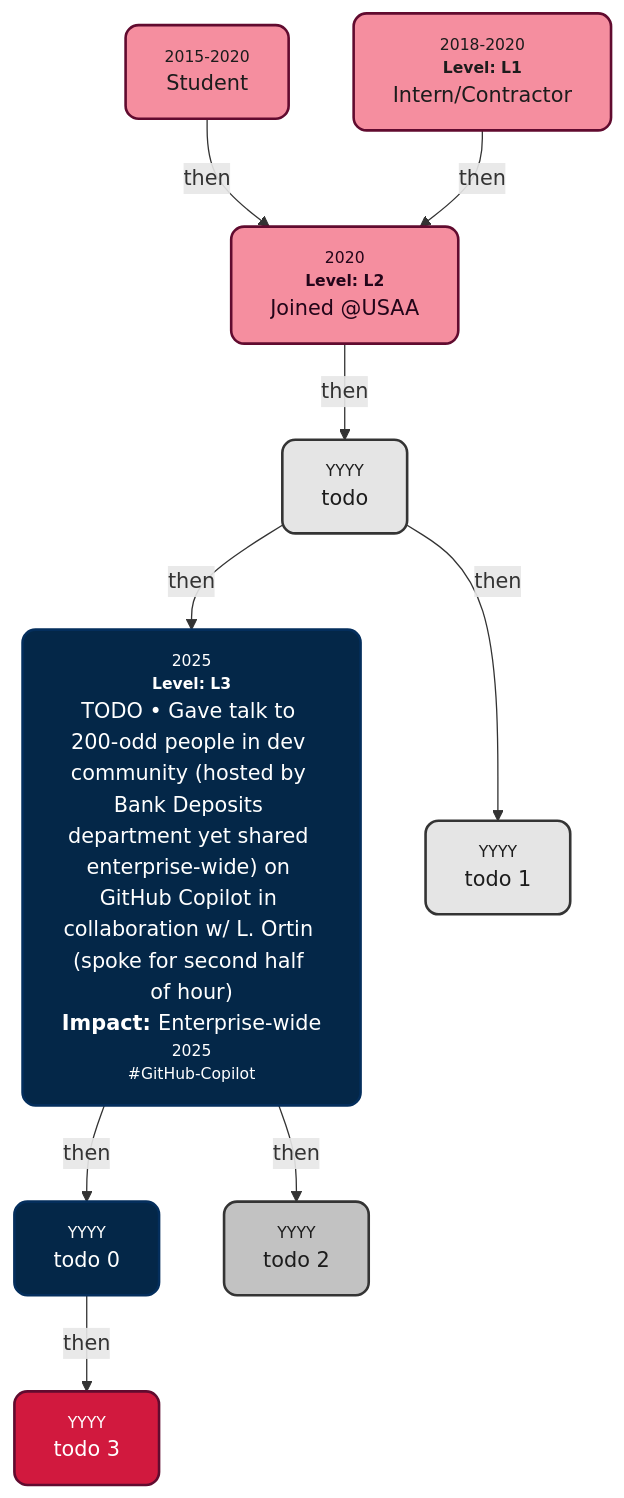
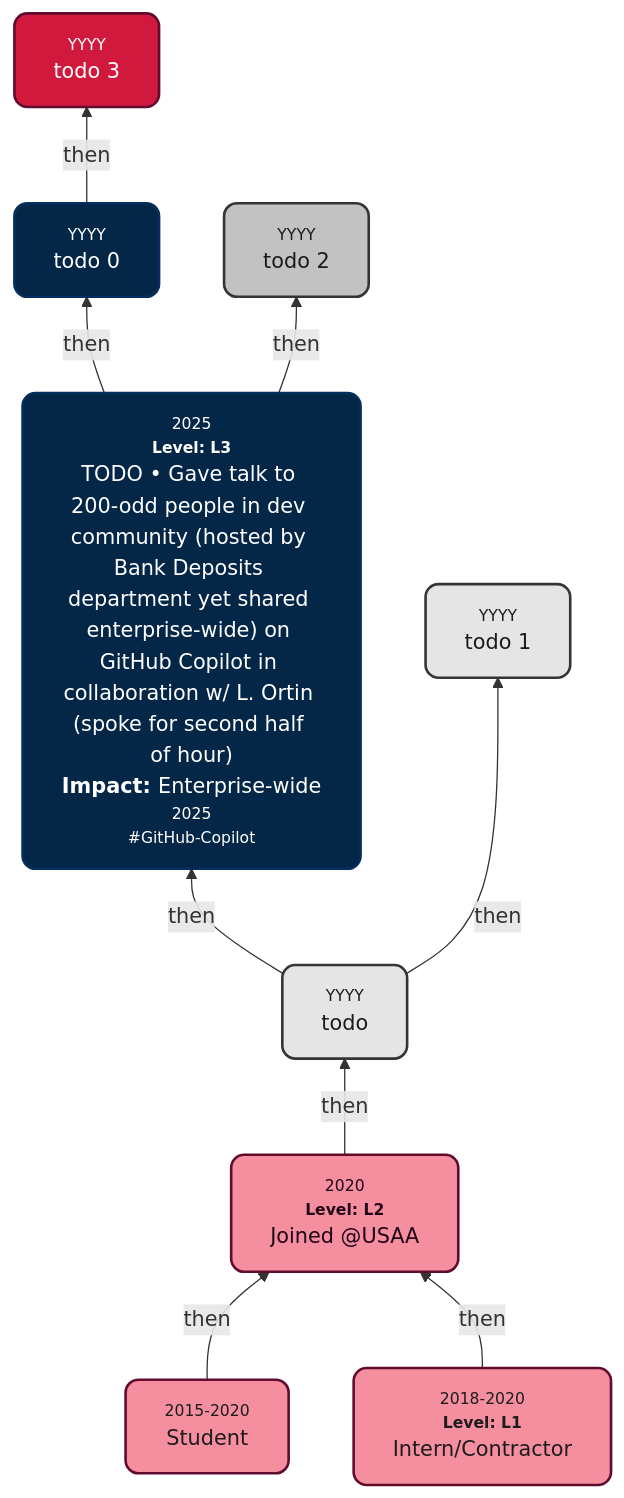
The diagram in README.md (s-sepanski/portfolio), drawn with Mermaid before and after one commit.

Commit message:
task: direction

````diff
--- a/README.md
+++ b/README.md
@@ -31,22 +31,22 @@
 ```mermaid
-graph TD
+graph BT
     PreStudentNode["<div style='font-size:75%;  color:#848484; text-align:center;'>2015-2020</div>Student"] -->|then| A["<div style='font-size:75%; color:#848484; text-align:center;'>2020</div><div style='font-size:75%; color:#848484; text-align:center;'><b>Level: L2</b><br/></div>Joined @USAA<br>"]
     ContractorNode["<div style='font-size:75%; color:#848484; text-align:center;'>2018-2020</div><div style='font-size:75%; color:#848484; text-align:center;'><b>Level: L1</b></div>Intern/Contractor"] -->|then| A
     A -->|then| B["<div style='font-size:75%; color:#848484; text-align:center;'>YYYY</div>todo"]
     B -->|then| C["<div style='font-size:75%; color:#848484; text-align:center;'>2025</div><div style='font-size:75%; color:#848484; text-align:center;'><b>Level: L3</b><br/></div><SWE 1 2025<br>TODO • Gave talk to 200-odd people in dev community (hosted by Bank Deposits department yet shared enterprise-wide) on GitHub Copilot in collaboration w/ L. Ortin (spoke for second half of hour)<br/><b>Impact: </b>Enterprise-wide<div style='font-size:75%; color:#848484; text-align:center;'>2025</div><div style='font-size:75%; color:#848484; text-align:center;'>#GitHub-Copilot<br/></div>"]
     C -->|then| D["<div style='font-size:75%; color:#848484; text-align:center;'>YYYY</div>todo 0"]
     B -->|then| E["<div style='font-size:75%; color:#848484; text-align:center;'>YYYY</div>todo 1"]
     C -->|then| F["<div style='font-size:75%; color:#848484; text-align:center;'>YYYY</div>todo 2"]
     D -->|then| G["<div style='font-size:75%; color:#848484; text-align:center;'>YYYY</div>todo 3"]
     style PreStudentNode fill:#f58e9f,stroke:#610b2f,stroke-width:2px,color:#1c1c1c
     style ContractorNode fill:#f58e9f,stroke:#610b2f,stroke-width:2px,color:#1c1c1c
     style A fill:#f58e9f,stroke:#610b2f,stroke-width:2px,color:#230519
     style B fill:#e5e5e5,stroke:#343434,stroke-width:2px,color:#1c1c1c
     style C fill:#042748,stroke:#042e5c,stroke-width:2px,color:#FFFFFF
     style D fill:#042748,stroke:#042e5c,stroke-width:2px,color:#FFFFFF
     style E fill:#e5e5e5,stroke:#343434,stroke-width:2px,color:#1c1c1c
     style F fill:#c2c2c2,stroke:#343434,stroke-width:2px,color:#1c1c1c
     style G fill:#d1193e,stroke:#610b2f,stroke-width:2px,color:#FFFFFF
     classDef rounded stroke-width:2px,rx:10,ry:10;
     class PreStudentNode,ContractorNode,A,B,C,D,E,F,G rounded;
 ```
````
